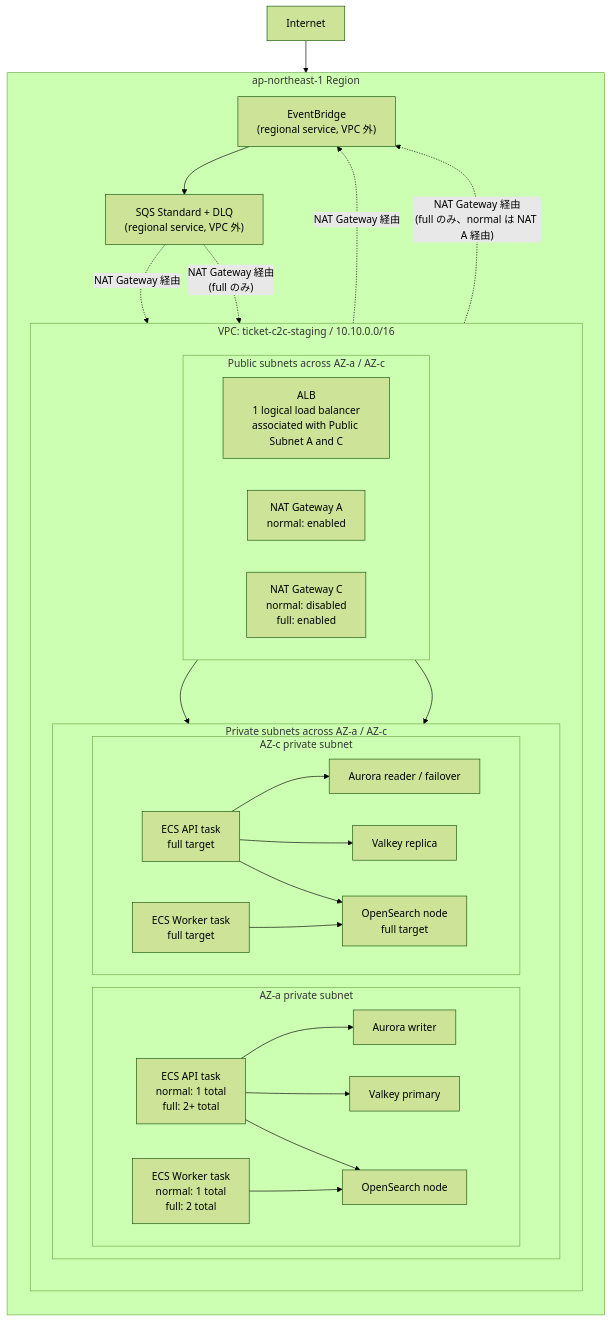
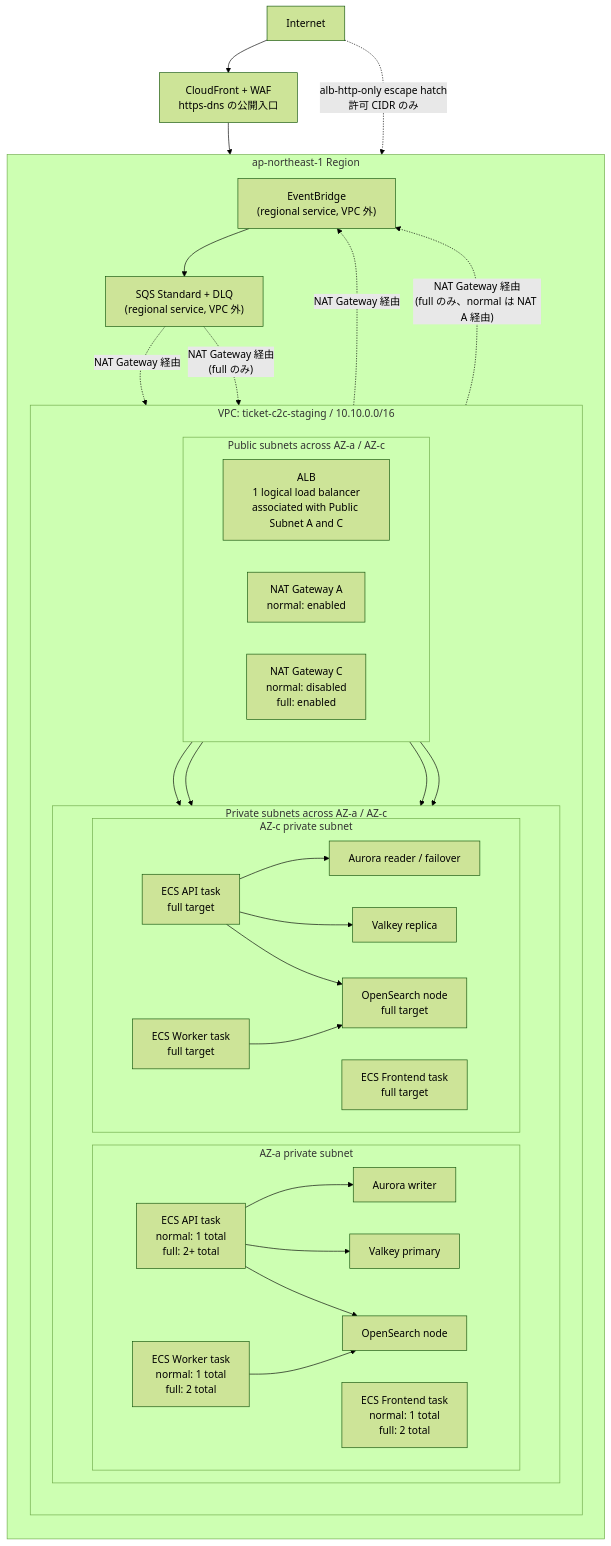
One commit to kmryst/ticket-c2c-platform changed the diagram in docs/architecture/staging-environment.md. Above: the diagram before and after it, drawn with Mermaid (forest theme). The commit also changed other lines of this file and 38 other files, not shown here.

````diff
--- a/docs/architecture/staging-environment.md
+++ b/docs/architecture/staging-environment.md
@@ -43,59 +43,66 @@
 ```mermaid
 flowchart TB
   internet[Internet]
+  edge["CloudFront + WAF\nhttps-dns の公開入口"]
 
   subgraph region["ap-northeast-1 Region"]
     direction TB
 
     subgraph vpc["VPC: ticket-c2c-staging / 10.10.0.0/16"]
       direction TB
 
       subgraph public_subnets["Public subnets across AZ-a / AZ-c"]
         direction LR
         alb["ALB\n1 logical load balancer\nassociated with Public Subnet A and C"]
         nat_a["NAT Gateway A\nnormal: enabled"]
         nat_c["NAT Gateway C\nnormal: disabled\nfull: enabled"]
       end
 
       subgraph private_subnets["Private subnets across AZ-a / AZ-c"]
         direction LR
 
         subgraph az_a_private["AZ-a private subnet"]
           api_a["ECS API task\nnormal: 1 total\nfull: 2+ total"]
+          frontend_a["ECS Frontend task\nnormal: 1 total\nfull: 2 total"]
           worker_a["ECS Worker task\nnormal: 1 total\nfull: 2 total"]
           aurora_writer["Aurora writer"]
           valkey_primary["Valkey primary"]
           os_a["OpenSearch node"]
         end
 
         subgraph az_c_private["AZ-c private subnet"]
           api_c["ECS API task\nfull target"]
+          frontend_c["ECS Frontend task\nfull target"]
           worker_c["ECS Worker task\nfull target"]
           aurora_reader["Aurora reader / failover"]
           valkey_replica["Valkey replica"]
           os_c["OpenSearch node\nfull target"]
         end
       end
     end
 
     eventbridge["EventBridge\n(regional service, VPC 外)"]
     sqs["SQS Standard + DLQ\n(regional service, VPC 外)"]
   end
 
-  internet --> alb
+  internet --> edge
+  edge --> alb
+  internet -. "alb-http-only escape hatch\n許可 CIDR のみ" .-> alb
   alb --> api_a
   alb --> api_c
+  alb --> frontend_a
+  alb --> frontend_c
   api_a --> aurora_writer
   api_a --> valkey_primary
   api_a --> os_a
   api_c --> aurora_reader
   api_c --> valkey_replica
   api_c --> os_c
   api_a -. "NAT Gateway 経由" .-> eventbridge
   api_c -. "NAT Gateway 経由\n(full のみ、normal は NAT A 経由)" .-> eventbridge
   eventbridge --> sqs
   sqs -. "NAT Gateway 経由" .-> worker_a
   sqs -. "NAT Gateway 経由\n(full のみ)" .-> worker_c
   worker_a --> os_a
   worker_c --> os_c
 ```
````
